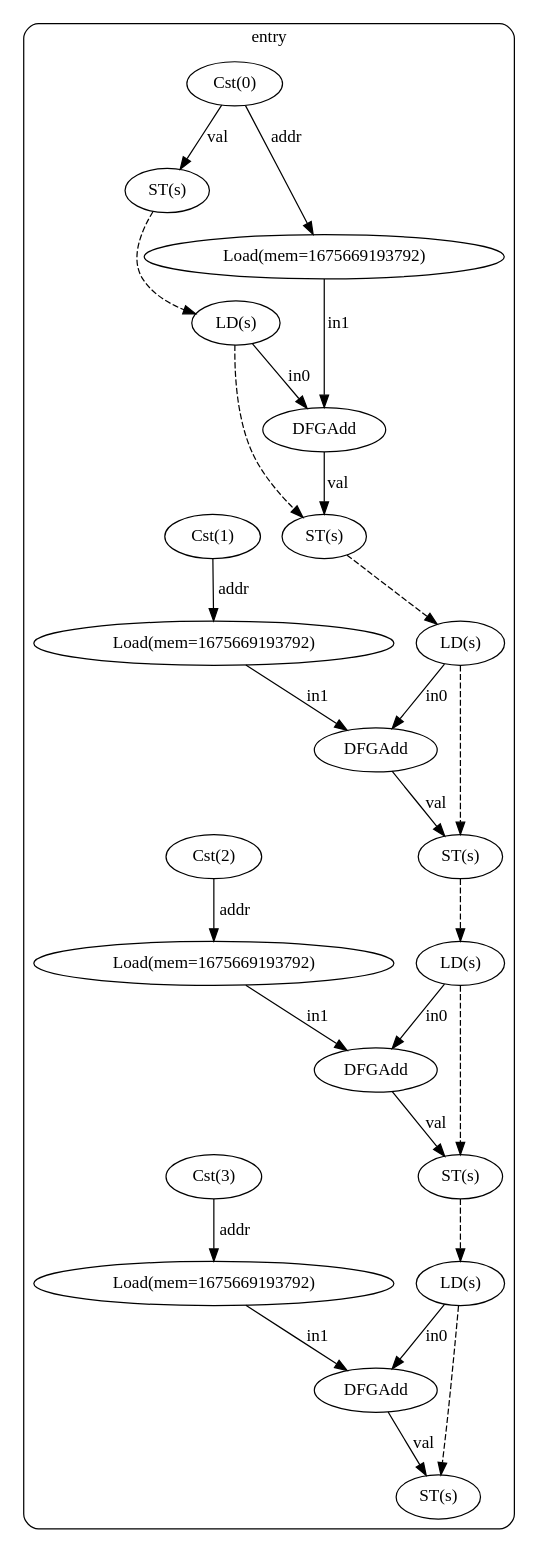
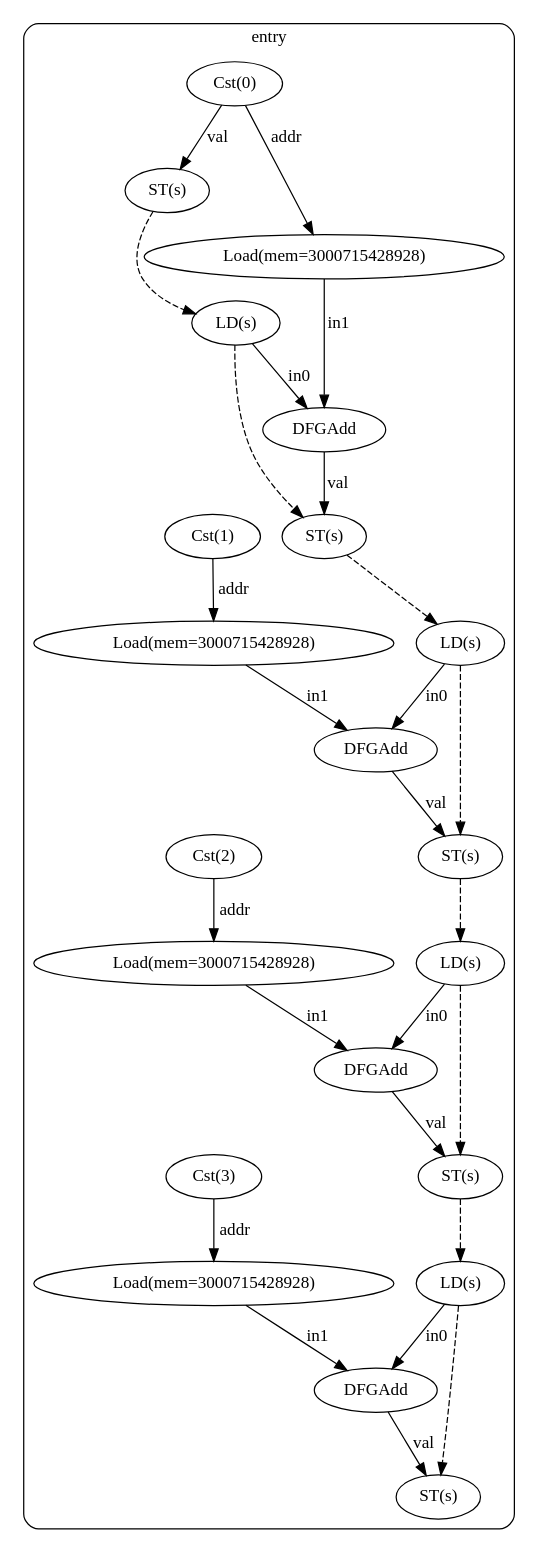
The diagram in test12/cfg_with_dfg.dot (ma-carrillo/High-level-synthesis-assignment), drawn with Graphviz before and after one commit. The commit also changed 6 other files, not shown here.

```diff
--- a/test12/cfg_with_dfg.dot
+++ b/test12/cfg_with_dfg.dot
@@ -1,53 +1,53 @@
 digraph "cfg" {
   compound=true;
   subgraph "cluster_bb0" {
     label="entry";
     style=rounded;
     bb0_n0 [label="Cst(0)"];
     bb0_n1 [label="ST(s)"];
     bb0_n2 [label="LD(s)"];
-    bb0_n3 [label="Load(mem=1675669193792)"];
+    bb0_n3 [label="Load(mem=3000715428928)"];
     bb0_n4 [label="DFGAdd"];
     bb0_n5 [label="ST(s)"];
     bb0_n6 [label="LD(s)"];
     bb0_n7 [label="Cst(1)"];
-    bb0_n8 [label="Load(mem=1675669193792)"];
+    bb0_n8 [label="Load(mem=3000715428928)"];
     bb0_n9 [label="DFGAdd"];
     bb0_n10 [label="ST(s)"];
     bb0_n11 [label="LD(s)"];
     bb0_n12 [label="Cst(2)"];
-    bb0_n13 [label="Load(mem=1675669193792)"];
+    bb0_n13 [label="Load(mem=3000715428928)"];
     bb0_n14 [label="DFGAdd"];
     bb0_n15 [label="ST(s)"];
     bb0_n16 [label="LD(s)"];
     bb0_n17 [label="Cst(3)"];
-    bb0_n18 [label="Load(mem=1675669193792)"];
+    bb0_n18 [label="Load(mem=3000715428928)"];
     bb0_n19 [label="DFGAdd"];
     bb0_n20 [label="ST(s)"];
     bb0_n0 -> bb0_n1 [label="val"];
     bb0_n0 -> bb0_n3 [label="addr"];
     bb0_n1 -> bb0_n2 [style="dashed"];
     bb0_n2 -> bb0_n4 [label="in0"];
     bb0_n2 -> bb0_n5 [style="dashed"];
     bb0_n3 -> bb0_n4 [label="in1"];
     bb0_n4 -> bb0_n5 [label="val"];
     bb0_n5 -> bb0_n6 [style="dashed"];
     bb0_n6 -> bb0_n9 [label="in0"];
     bb0_n6 -> bb0_n10 [style="dashed"];
     bb0_n7 -> bb0_n8 [label="addr"];
     bb0_n8 -> bb0_n9 [label="in1"];
     bb0_n9 -> bb0_n10 [label="val"];
     bb0_n10 -> bb0_n11 [style="dashed"];
     bb0_n11 -> bb0_n14 [label="in0"];
     bb0_n11 -> bb0_n15 [style="dashed"];
     bb0_n12 -> bb0_n13 [label="addr"];
     bb0_n13 -> bb0_n14 [label="in1"];
     bb0_n14 -> bb0_n15 [label="val"];
     bb0_n15 -> bb0_n16 [style="dashed"];
     bb0_n16 -> bb0_n19 [label="in0"];
     bb0_n16 -> bb0_n20 [style="dashed"];
     bb0_n17 -> bb0_n18 [label="addr"];
     bb0_n18 -> bb0_n19 [label="in1"];
     bb0_n19 -> bb0_n20 [label="val"];
   }
 }
```
